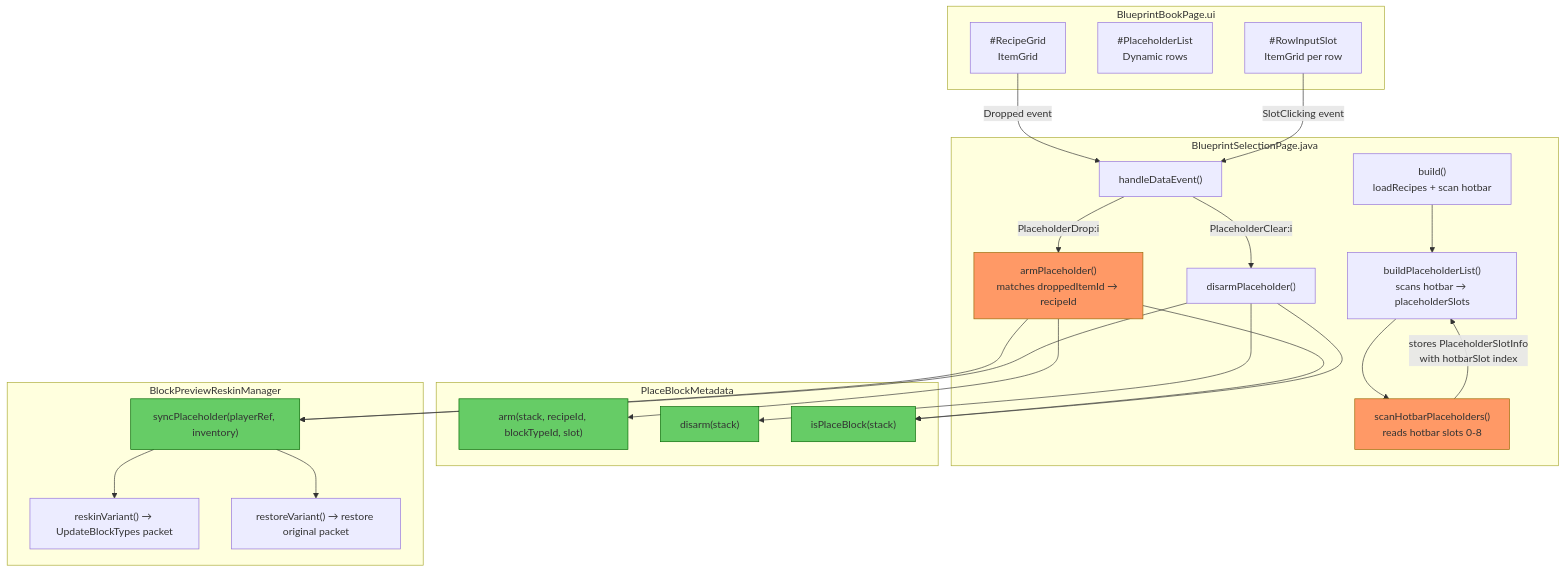
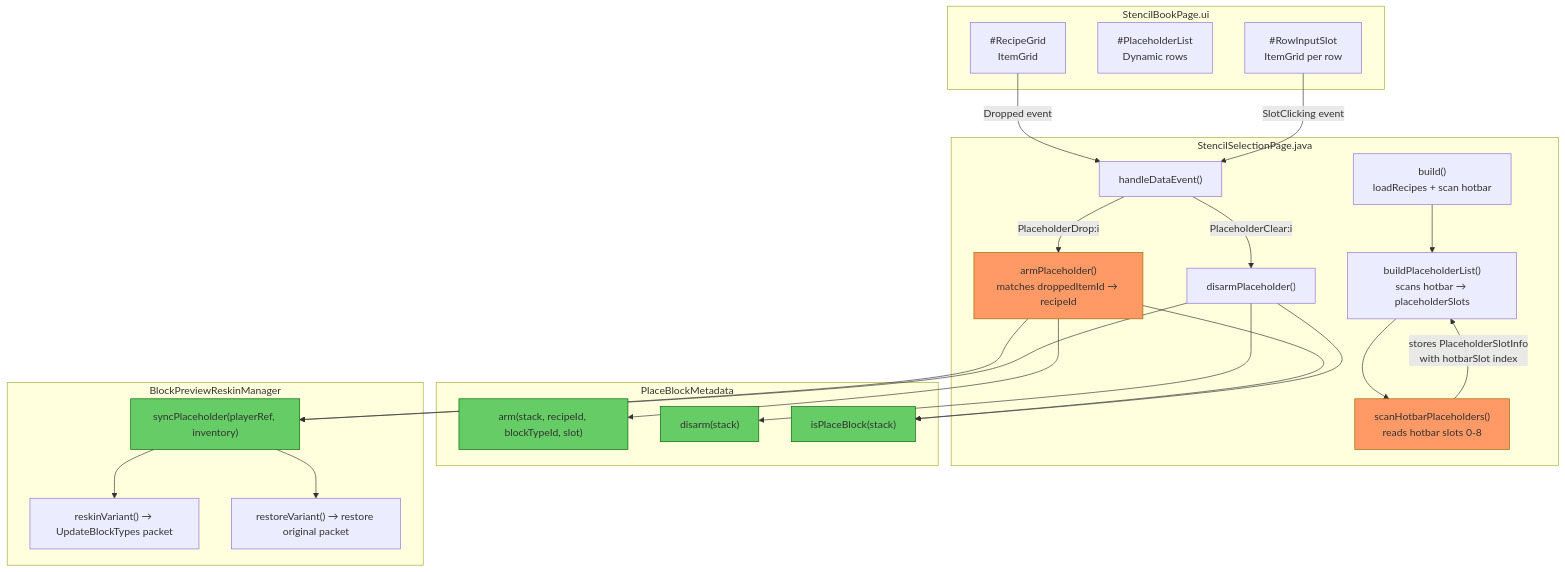
The first of 2 diagrams in docs/review-dynamic-placeholder-list.md (TheCodeCreature/Hytale-Example-Plugin), drawn with Mermaid before and after one commit. The commit also changed other lines of this file and 289 other files, not shown here.

````diff
--- a/docs/review-dynamic-placeholder-list.md
+++ b/docs/review-dynamic-placeholder-list.md
@@ -9,57 +9,57 @@
 ```mermaid
 graph TB
-    subgraph UI["BlueprintBookPage.ui"]
+    subgraph UI["StencilBookPage.ui"]
         RecipeGrid["#RecipeGrid\nItemGrid"]
         PlaceholderList["#PlaceholderList\nDynamic rows"]
         RowInputSlot["#RowInputSlot\nItemGrid per row"]
     end
 
-    subgraph Server["BlueprintSelectionPage.java"]
+    subgraph Server["StencilSelectionPage.java"]
         Build["build()\nloadRecipes + scan hotbar"]
         HandleEvent["handleDataEvent()"]
         BuildPH["buildPlaceholderList()\nscans hotbar → placeholderSlots"]
         ArmPH["armPlaceholder()\nmatches droppedItemId → recipeId"]
         DisarmPH["disarmPlaceholder()"]
         ScanHotbar["scanHotbarPlaceholders()\nreads hotbar slots 0-8"]
     end
 
     subgraph Metadata["PlaceBlockMetadata"]
         Arm["arm(stack, recipeId, blockTypeId, slot)"]
         Disarm["disarm(stack)"]
         IsPlaceBlock["isPlaceBlock(stack)"]
     end
 
     subgraph Reskin["BlockPreviewReskinManager"]
         SyncPH["syncPlaceholder(playerRef, inventory)"]
         ReskinVar["reskinVariant() → UpdateBlockTypes packet"]
         RestoreVar["restoreVariant() → restore original packet"]
     end
 
     Build --> BuildPH
     BuildPH --> ScanHotbar
     ScanHotbar -->|"stores PlaceholderSlotInfo\nwith hotbarSlot index"| BuildPH
 
     RecipeGrid -->|"Dropped event"| HandleEvent
     RowInputSlot -->|"SlotClicking event"| HandleEvent
 
     HandleEvent -->|"PlaceholderDrop:i"| ArmPH
     HandleEvent -->|"PlaceholderClear:i"| DisarmPH
 
     ArmPH --> IsPlaceBlock
     ArmPH --> Arm
     ArmPH --> SyncPH
 
     DisarmPH --> IsPlaceBlock
     DisarmPH --> Disarm
     DisarmPH --> SyncPH
 
     SyncPH --> ReskinVar
     SyncPH --> RestoreVar
 
     style ScanHotbar fill:#f96,stroke:#960
     style ArmPH fill:#f96,stroke:#960
     style IsPlaceBlock fill:#6c6,stroke:#060
     style Arm fill:#6c6,stroke:#060
     style Disarm fill:#6c6,stroke:#060
     style SyncPH fill:#6c6,stroke:#060
 ```
````
